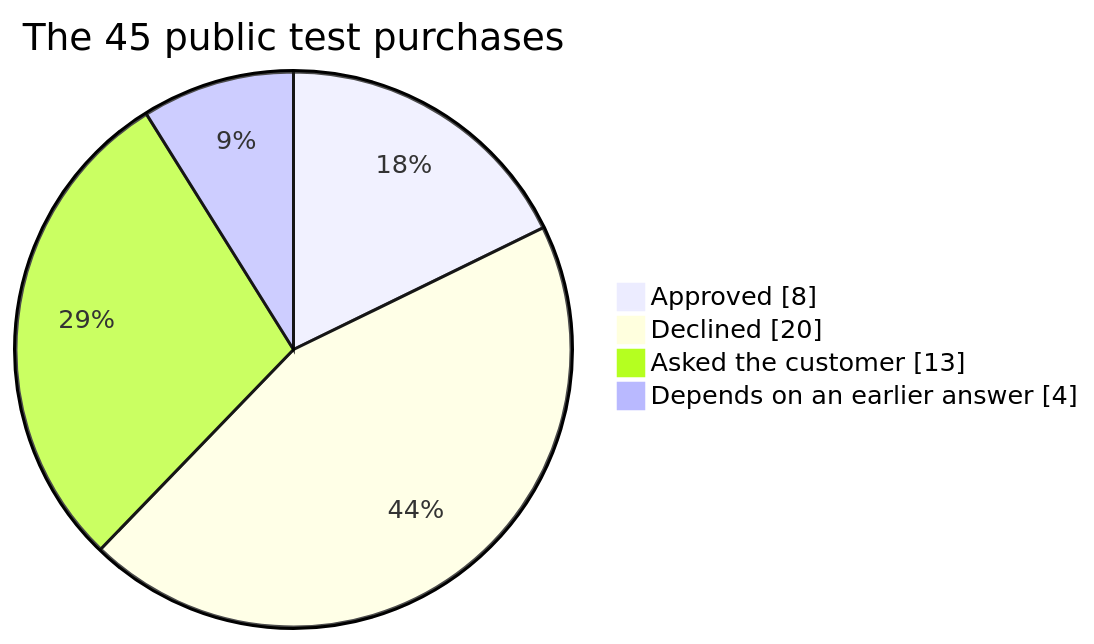
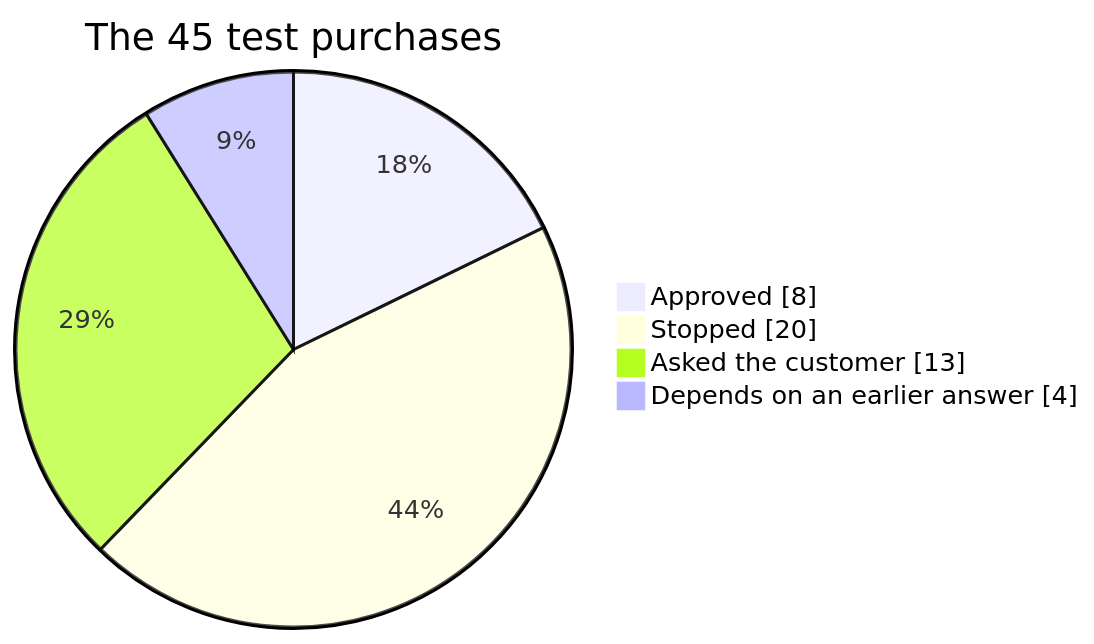
Before and after one commit to MehulMittal27/oneguard: the diagram in POLICY-GUIDE.md, drawn with Mermaid. The commit also changed other lines of this file, not shown here.

````diff
--- a/POLICY-GUIDE.md
+++ b/POLICY-GUIDE.md
@@ -19,7 +21,7 @@
 ```mermaid
-pie showData title The 45 public test purchases
+pie showData title The 45 test purchases
     "Approved" : 8
-    "Declined" : 20
+    "Stopped" : 20
     "Asked the customer" : 13
     "Depends on an earlier answer" : 4
 ```
````
